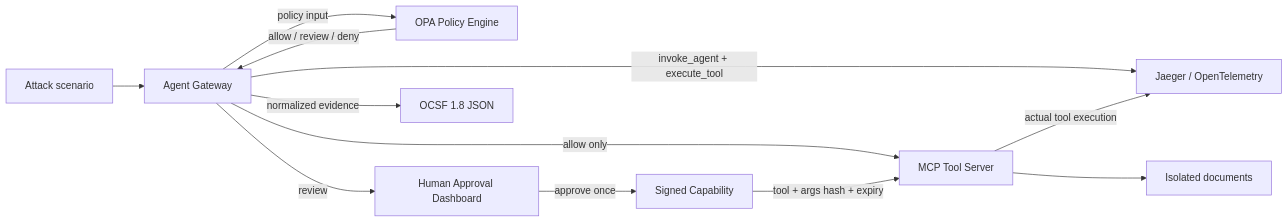
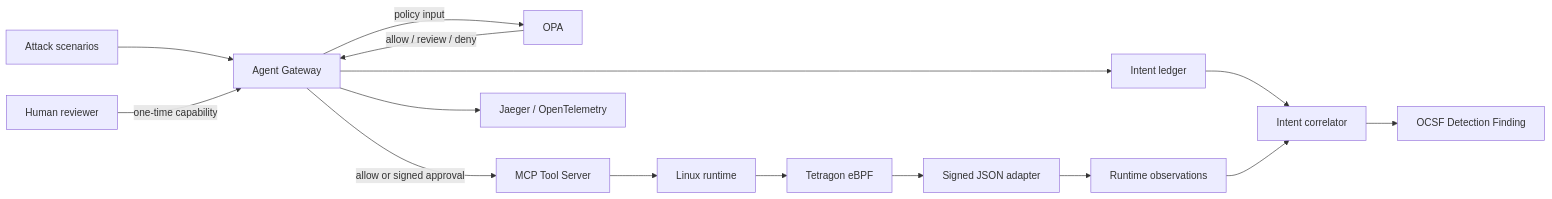
Before and after one commit to teriyakki-jin/agent-runtime-security-lab: the diagram in README.md, drawn with Mermaid. The commit also changed other lines of this file and 17 other files, not shown here.

Commit message:
Add Phase 3 runtime intent correlation

````diff
--- a/README.md
+++ b/README.md
@@ -26,14 +26,17 @@
 ```mermaid
 flowchart LR
-    TEST["Attack scenario"] --> API["Agent Gateway"]
-    API -->|"policy input"| OPA["OPA Policy Engine"]
+    TEST["Attack scenarios"] --> API["Agent Gateway"]
+    API -->|"policy input"| OPA["OPA"]
     OPA -->|"allow / review / deny"| API
-    API -->|"review"| HUMAN["Human Approval Dashboard"]
-    HUMAN -->|"approve once"| CAP["Signed Capability"]
-    API -->|"allow only"| MCP["MCP Tool Server"]
-    CAP -->|"tool + args hash + expiry"| MCP
-    API -->|"invoke_agent + execute_tool"| JAEGER["Jaeger / OpenTelemetry"]
-    API -->|"normalized evidence"| OCSF["OCSF 1.8 JSON"]
-    MCP -->|"actual tool execution"| JAEGER
-    MCP --> DOCS["Isolated documents"]
+    API --> INTENT["Intent ledger"]
+    API -->|"allow or signed approval"| MCP["MCP Tool Server"]
+    HUMAN["Human reviewer"] -->|"one-time capability"| API
+    MCP --> RUNTIME["Linux runtime"]
+    RUNTIME --> TETRAGON["Tetragon eBPF"]
+    TETRAGON --> ADAPTER["Signed JSON adapter"]
+    ADAPTER --> OBS["Runtime observations"]
+    INTENT --> CORRELATOR["Intent correlator"]
+    OBS --> CORRELATOR
+    CORRELATOR --> FINDING["OCSF Detection Finding"]
+    API --> JAEGER["Jaeger / OpenTelemetry"]
 ```
````
